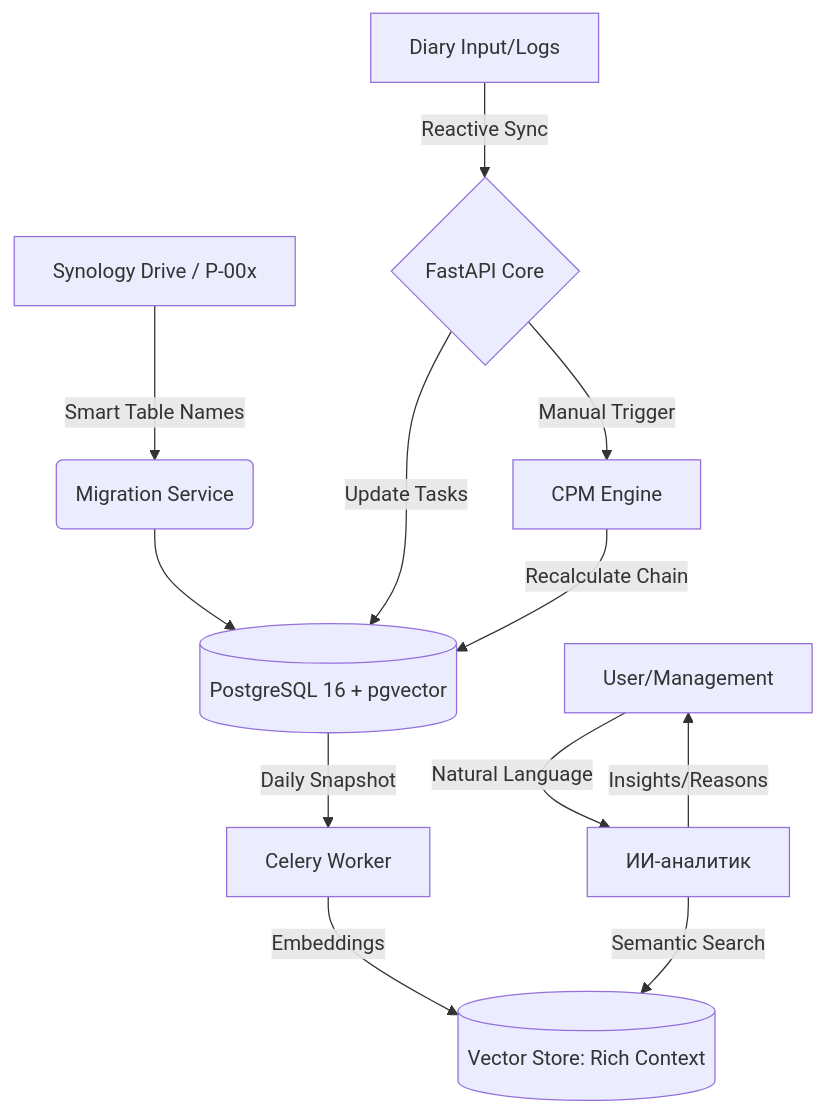
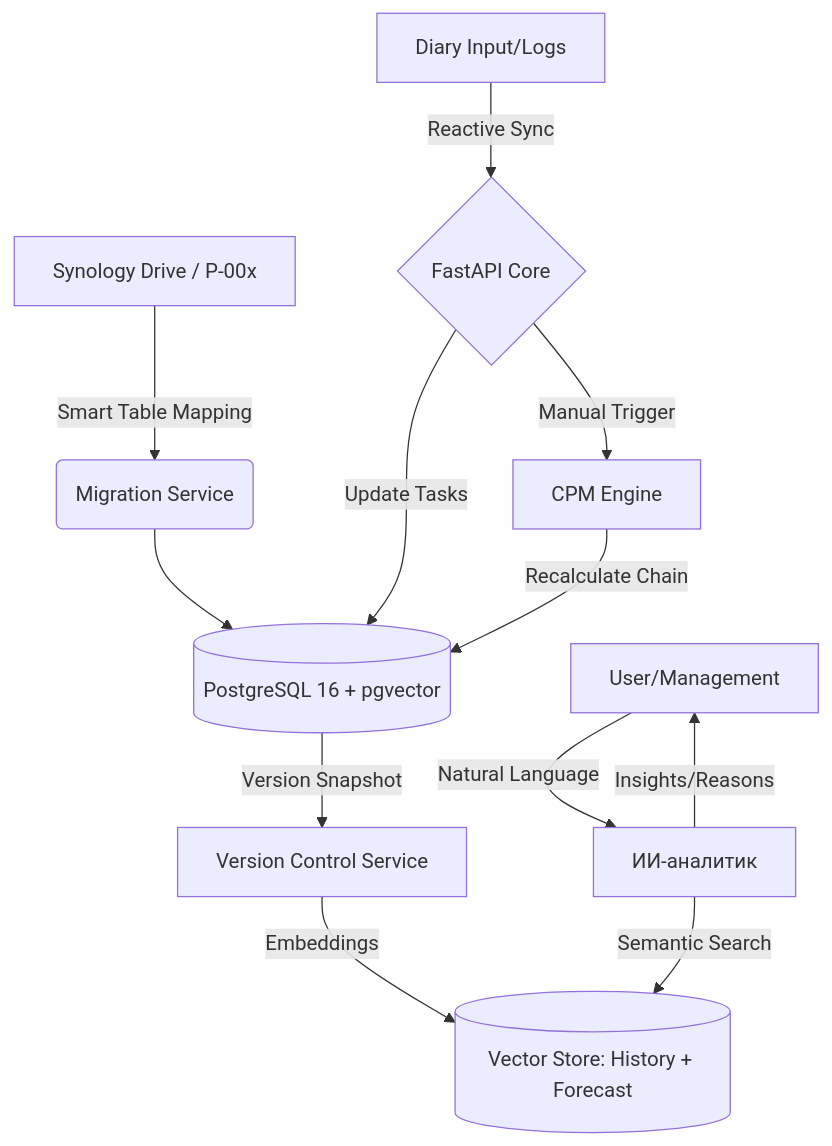
Before and after one commit to fckmanabove/Project-Chain: the diagram in README.md, drawn with Mermaid. The commit also changed other lines of this file, not shown here.

````diff
--- a/README.md
+++ b/README.md
@@ -9,14 +8,14 @@
 ```mermaid
 graph TD
-    A[Synology Drive / P-00x] -->|Smart Table Names| B(Migration Service)
+    A[Synology Drive / P-00x] -->|Smart Table Mapping| B(Migration Service)
     B --> C[(PostgreSQL 16 + pgvector)]
     D[Diary Input/Logs] -->|Reactive Sync| E{FastAPI Core}
     E -->|Update Tasks| C
     E -->|Manual Trigger| F[CPM Engine]
     F -->|Recalculate Chain| C
-    C -->|Daily Snapshot| G[Celery Worker]
-    G -->|Embeddings| H[(Vector Store: Rich Context)]
+    C -->|Version Snapshot| G[Version Control Service]
+    G -->|Embeddings| H[(Vector Store: History + Forecast)]
     I[User/Management] -->|Natural Language| J[ИИ-аналитик]
     J -->|Semantic Search| H
     J -->|Insights/Reasons| I
 ```
````
